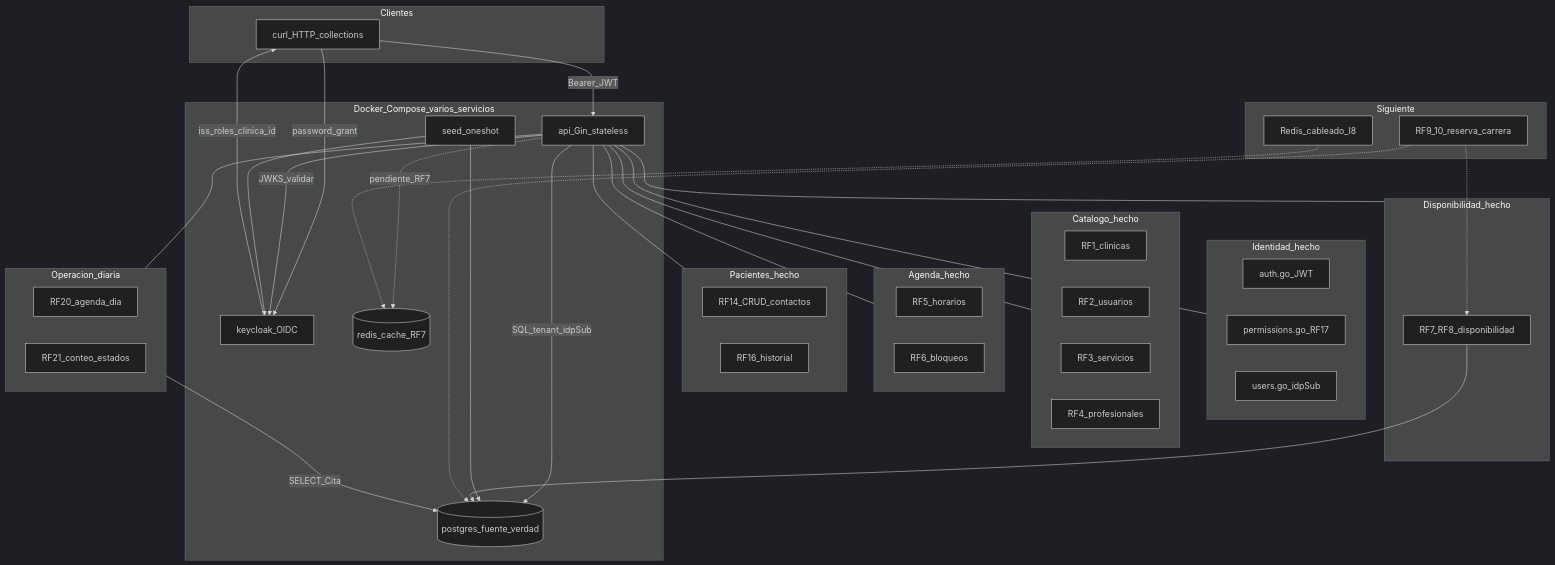
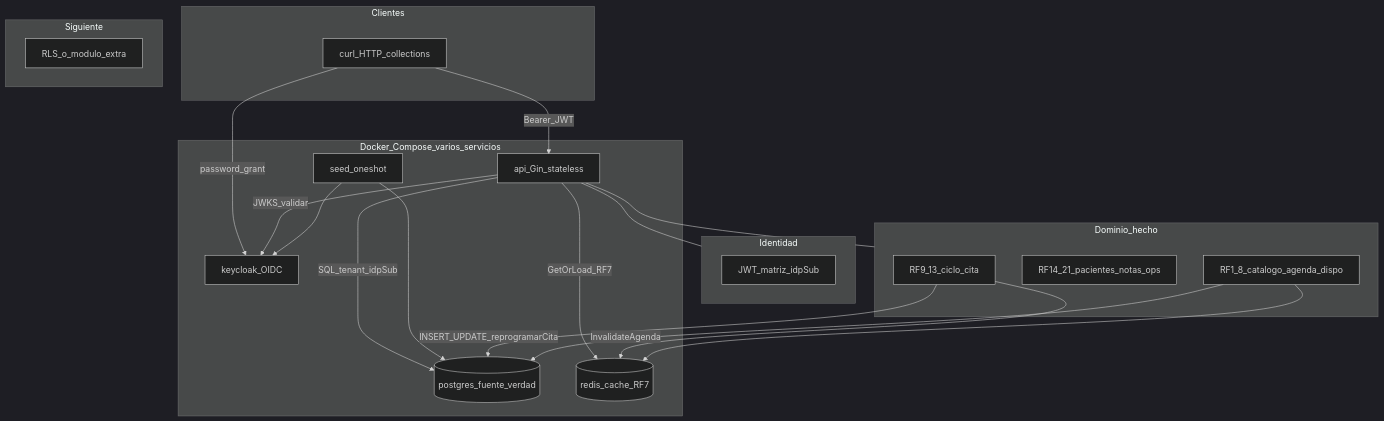
The first of 2 diagrams in docs/arquitectura-etapa1.md (EliPoli64/medicitas), drawn with Mermaid (dark theme) before and after one commit. The commit also changed other lines of this file and 7 other files, not shown here.

````diff
--- a/docs/arquitectura-etapa1.md
+++ b/docs/arquitectura-etapa1.md
@@ -7,72 +7,43 @@
 ```mermaid
 flowchart TB
   subgraph clients [Clientes]
     curl[curl_HTTP_collections]
   end
 
   subgraph compose [Docker_Compose_varios_servicios]
     KC[keycloak_OIDC]
     API[api_Gin_stateless]
     PG[(postgres_fuente_verdad)]
     RD[(redis_cache_RF7)]
     SEED[seed_oneshot]
   end
 
   curl -->|"Bearer_JWT"| API
   curl -->|"password_grant"| KC
-  KC -->|"iss_roles_clinica_id"| curl
   API -->|"JWKS_validar"| KC
   API -->|"SQL_tenant_idpSub"| PG
+  API -->|"GetOrLoad_RF7"| RD
   SEED --> PG
   SEED --> KC
-  API -.->|"pendiente_RF7"| RD
 
-  subgraph identity [Identidad_hecho]
-    auth[auth.go_JWT]
-    perm[permissions.go_RF17]
-    users[users.go_idpSub]
+  subgraph identity [Identidad]
+    auth[JWT_matriz_idpSub]
   end
 
-  subgraph catalog [Catalogo_hecho]
-    rf1[RF1_clinicas]
-    rf2[RF2_usuarios]
-    rf3[RF3_servicios]
-    rf4[RF4_profesionales]
-  end
-
-  subgraph agendaDone [Agenda_hecho]
-    rf5[RF5_horarios]
-    rf6[RF6_bloqueos]
-  end
-
-  subgraph patients [Pacientes_hecho]
-    rf14[RF14_CRUD_contactos]
-    rf16[RF16_historial]
-  end
-
-  subgraph disponib [Disponibilidad_hecho]
-    rf7[RF7_RF8_disponibilidad]
-  end
-
-  subgraph operacion [Operacion_diaria]
-    rf20[RF20_agenda_dia]
-    rf21[RF21_conteo_estados]
+  subgraph dominio [Dominio_hecho]
+    rf1to8[RF1_8_catalogo_agenda_dispo]
+    rf14to21[RF14_21_pacientes_notas_ops]
+    rf9to13[RF9_13_ciclo_cita]
   end
 
   subgraph nextUp [Siguiente]
-    redisWire[Redis_cableado_I8]
-    rf9[RF9_10_reserva_carrera]
+    extra[RLS_o_modulo_extra]
   end
 
   API --- identity
-  API --- catalog
-  API --- agendaDone
-  API --- patients
-  API --- disponib
-  API --- operacion
-  operacion -->|"SELECT_Cita"| PG
-  rf7 --> PG
-  redisWire -.-> RD
-  rf9 -.-> PG
-  rf9 -.-> rf7
+  API --- dominio
+  rf9to13 -->|"INSERT_UPDATE_reprogramarCita"| PG
+  rf9to13 -->|"InvalidateAgenda"| RD
+  rf1to8 --> PG
+  rf1to8 --> RD
 ```
````
